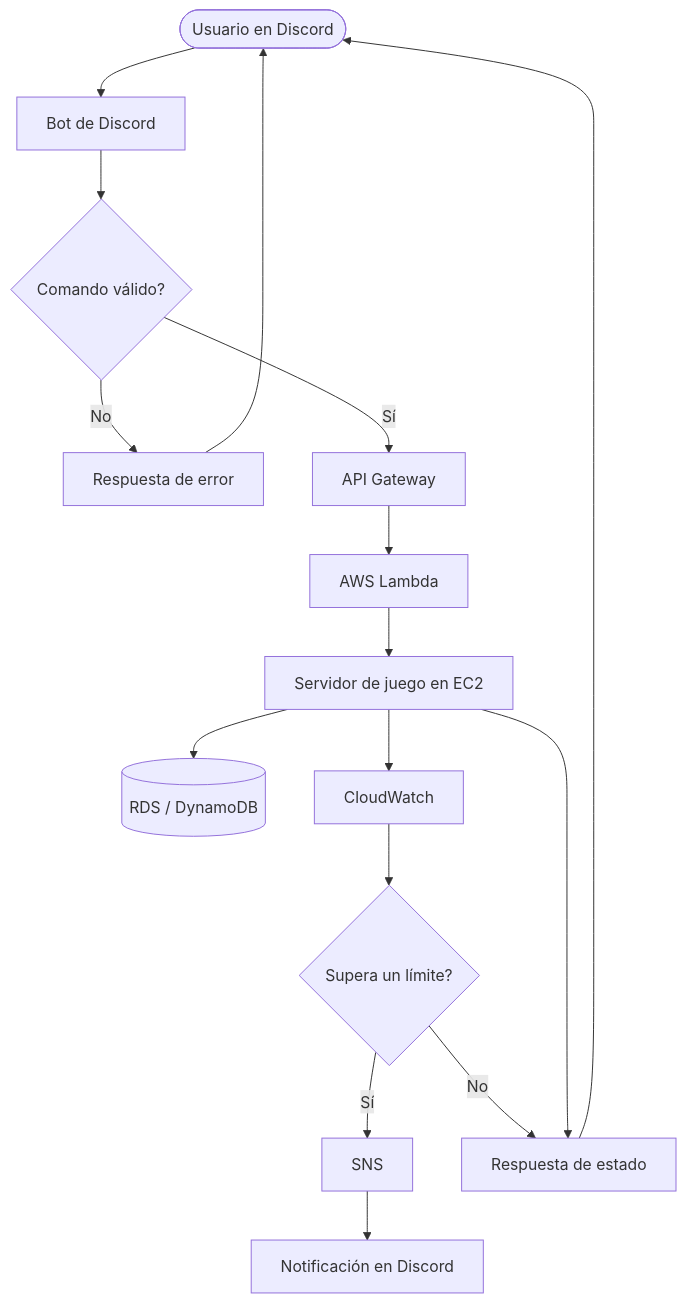
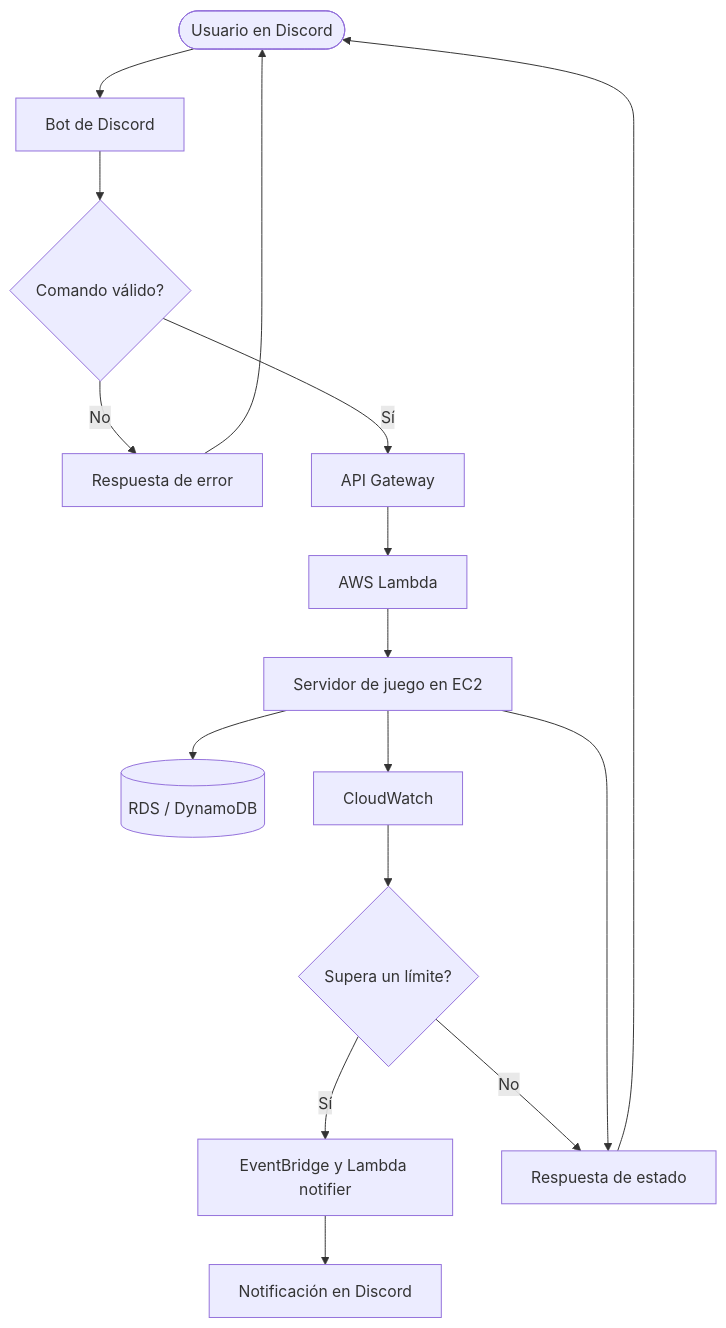
The first of 3 diagrams in docs/architecture.md (CandeGP/AwsInstancesBot), drawn with Mermaid before and after one commit. The commit also changed other lines of this file and 22 other files, not shown here.

````diff
--- a/docs/architecture.md
+++ b/docs/architecture.md
@@ -7,18 +7,18 @@
 ```mermaid
 flowchart TD
 	user([Usuario en Discord]) --> bot[Bot de Discord]
 	bot --> command{Comando válido?}
 	command -- No --> error[Respuesta de error]
 	command -- Sí --> apigw[API Gateway]
 	apigw --> lambda[AWS Lambda]
 	lambda --> ec2[Servidor de juego en EC2]
 	ec2 --> database[(RDS / DynamoDB)]
 	ec2 --> metrics[CloudWatch]
 	metrics --> alerts{Supera un límite?}
-	alerts -- Sí --> sns[SNS]
+	alerts -- Sí --> sns[EventBridge y Lambda notifier]
 	alerts -- No --> response[Respuesta de estado]
 	sns --> notification[Notificación en Discord]
 	ec2 --> response
 	response --> user
 	error --> user
 ```
````
